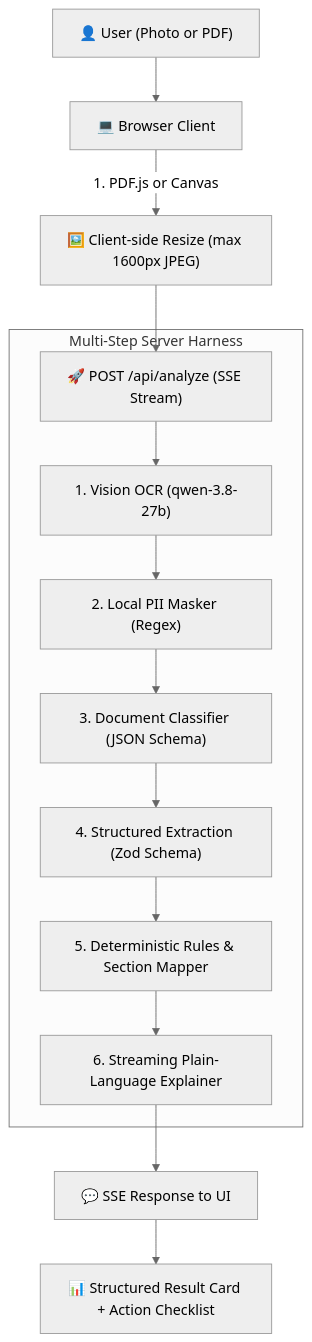
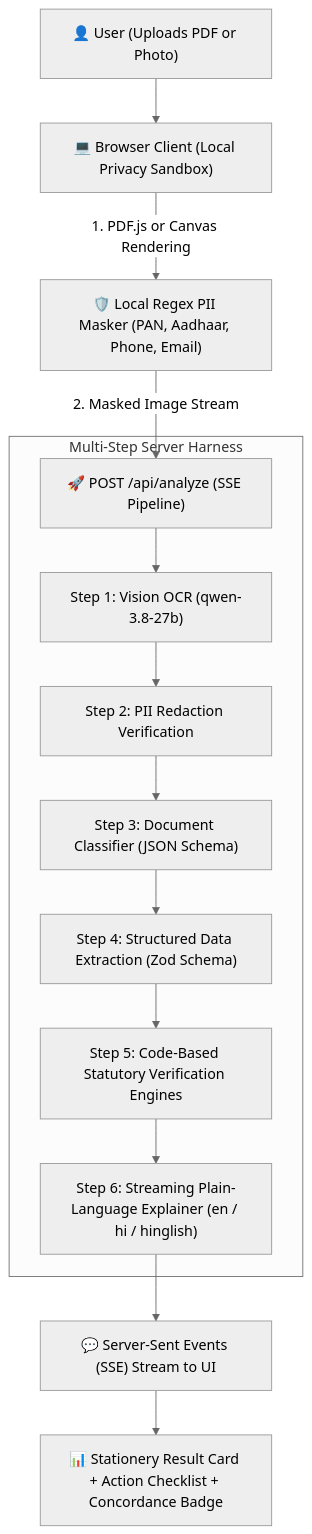
Before and after one commit to Anhad-Sharma-26/dastaavault: the diagram in README.md, drawn with Mermaid (neutral theme). The commit also changed other lines of this file and 1 other file, not shown here.

Commit message:
docs: polish README and BharatCode.txt for hackathon submission with 6 statutory packs and 18 presets

````diff
--- a/README.md
+++ b/README.md
@@ -44,18 +73,18 @@
 ```mermaid
 flowchart TD
-    User["👤 User (Photo or PDF)"] --> Client["💻 Browser Client"]
-    Client -->|1. PDF.js or Canvas| Opt["🖼️ Client-side Resize (max 1600px JPEG)"]
-    Opt --> API["🚀 POST /api/analyze (SSE Stream)"]
+    User["👤 User (Uploads PDF or Photo)"] --> Client["💻 Browser Client (Local Privacy Sandbox)"]
+    Client -->|1. PDF.js or Canvas Rendering| PII["🛡️ Local Regex PII Masker (PAN, Aadhaar, Phone, Email)"]
+    PII -->|2. Masked Image Stream| API["🚀 POST /api/analyze (SSE Pipeline)"]
     
     subgraph Pipeline["Multi-Step Server Harness"]
-      API --> Step1["1. Vision OCR (qwen-3.8-27b)"]
-      Step1 --> Step2["2. Local PII Masker (Regex)"]
-      Step2 --> Step3["3. Document Classifier (JSON Schema)"]
-      Step3 --> Step4["4. Structured Extraction (Zod Schema)"]
-      Step4 --> Step5["5. Deterministic Rules & Section Mapper"]
-      Step5 --> Step6["6. Streaming Plain-Language Explainer"]
+      API --> Step1["Step 1: Vision OCR (qwen-3.8-27b)"]
+      Step1 --> Step2["Step 2: PII Redaction Verification"]
+      Step2 --> Step3["Step 3: Document Classifier (JSON Schema)"]
+      Step3 --> Step4["Step 4: Structured Data Extraction (Zod Schema)"]
+      Step4 --> Step5["Step 5: Code-Based Statutory Verification Engines"]
+      Step5 --> Step6["Step 6: Streaming Plain-Language Explainer (en / hi / hinglish)"]
     end
     
-    Step6 --> Stream["💬 SSE Response to UI"]
-    Stream --> Card["📊 Structured Result Card + Action Checklist"]
+    Step6 --> Stream["💬 Server-Sent Events (SSE) Stream to UI"]
+    Stream --> Card["📊 Stationery Result Card + Action Checklist + Concordance Badge"]
 ```
````
